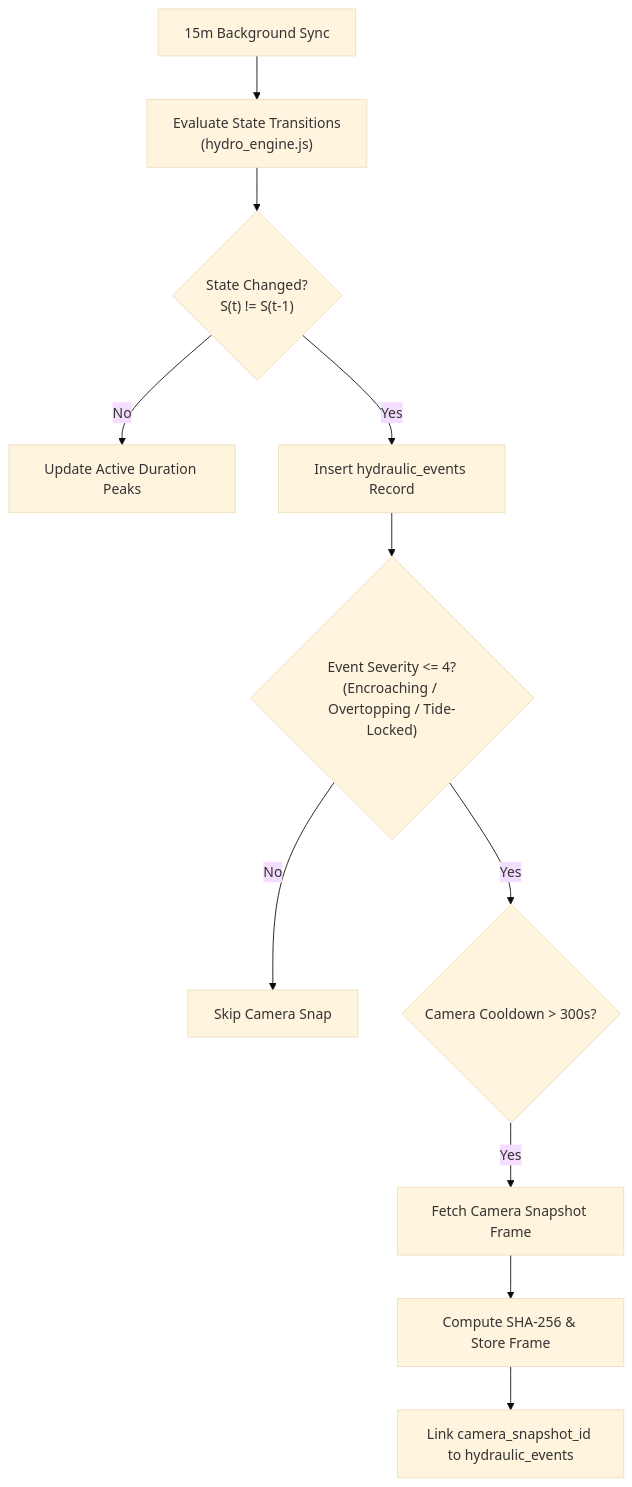
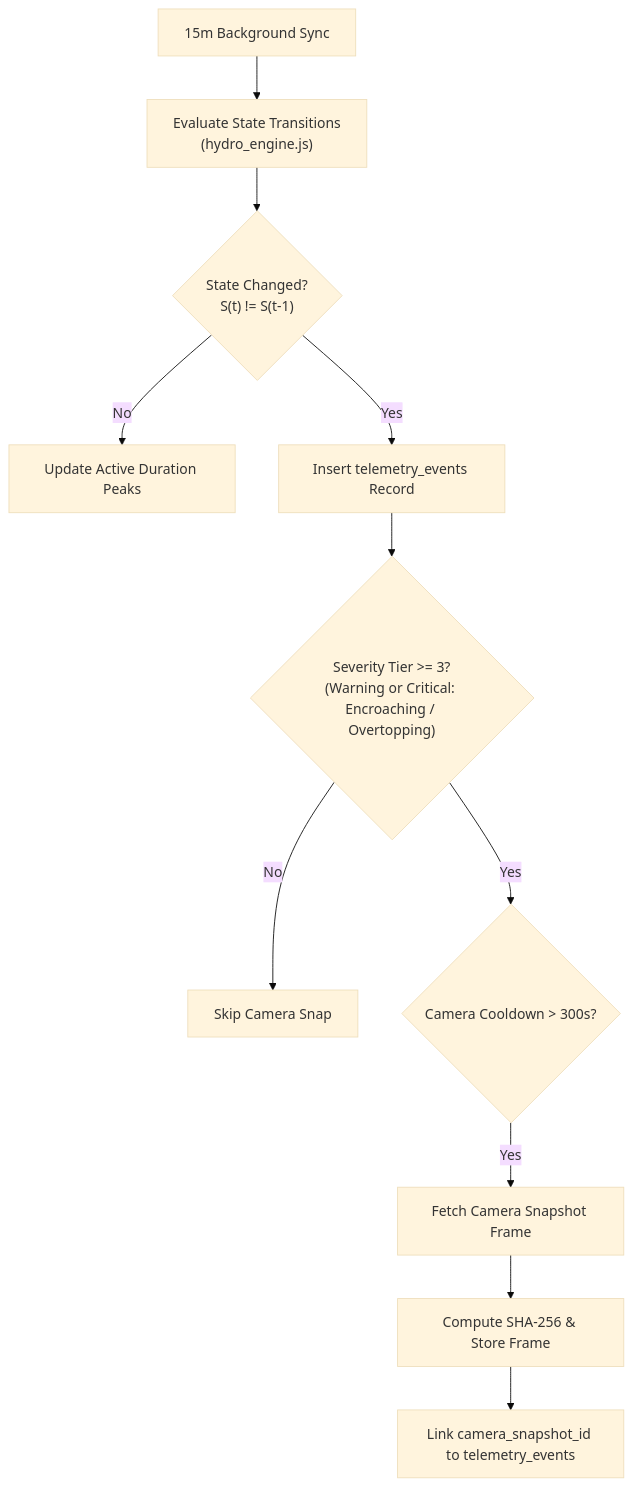
The second of 2 diagrams in docs/system_architecture_v2.md (heretic098/flood-telemetry), drawn with Mermaid (base theme) before and after one commit. The commit also changed other lines of this file and 2 other files, not shown here.

Commit message:
docs: formalize v2.1 event matrix spec, 4-tier alert model, and Dunball emergency pump protocol

````diff
--- a/docs/system_architecture_v2.md
+++ b/docs/system_architecture_v2.md
@@ -221,13 +241,13 @@
 ```mermaid
 flowchart TD
     A["15m Background Sync"] --> B["Evaluate State Transitions<br/>(hydro_engine.js)"]
     B --> C{"State Changed?<br/>S(t) != S(t-1)"}
     C -->|"No"| D["Update Active Duration Peaks"]
-    C -->|"Yes"| E["Insert hydraulic_events Record"]
-    E --> F{"Event Severity <= 4?<br/>(Encroaching / Overtopping / Tide-Locked)"}
+    C -->|"Yes"| E["Insert telemetry_events Record"]
+    E --> F{"Severity Tier >= 3?<br/>(Warning or Critical: Encroaching / Overtopping)"}
     F -->|"No"| G["Skip Camera Snap"]
     F -->|"Yes"| H{"Camera Cooldown > 300s?"}
     H -->|"Yes"| I["Fetch Camera Snapshot Frame"]
     I --> J["Compute SHA-256 & Store Frame"]
-    J --> K["Link camera_snapshot_id to hydraulic_events"]
+    J --> K["Link camera_snapshot_id to telemetry_events"]
 ```
````
